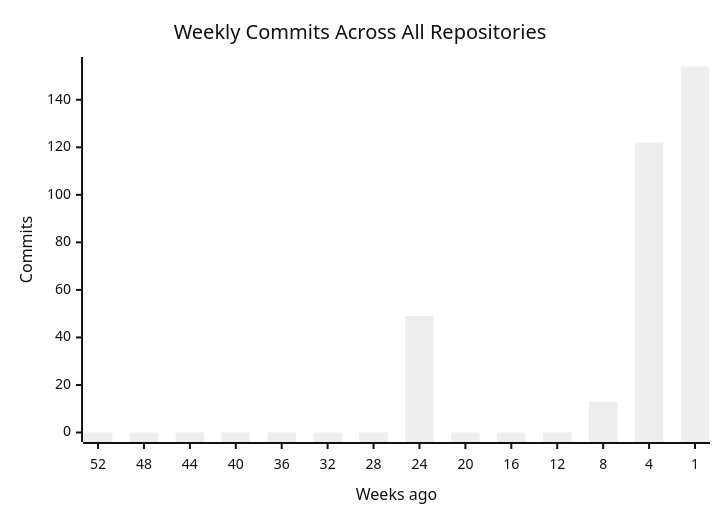
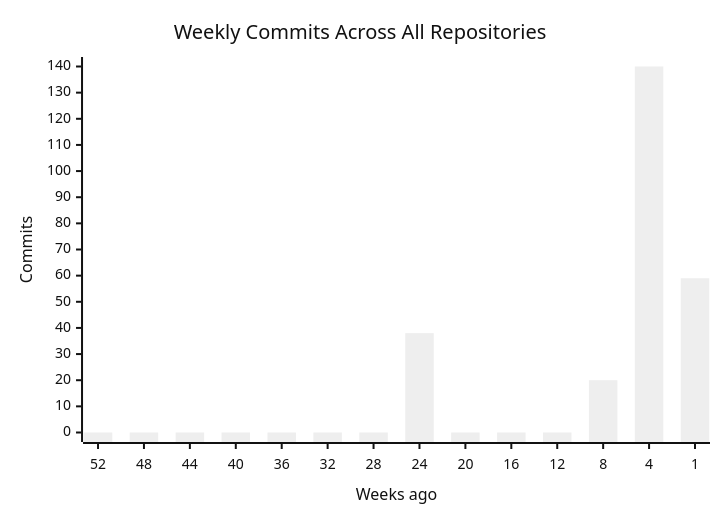
One commit to CSTH-Projects/.github changed the first of 4 diagrams in profile/README.md. Above: the diagram before and after it, drawn with Mermaid (neutral theme). The commit also changed other lines of this file, not shown here.

````diff
--- a/profile/README.md
+++ b/profile/README.md
@@ -16,7 +16,7 @@
 ```mermaid
 xychart-beta
     title "Weekly Commits Across All Repositories"
     x-axis "Weeks ago" [52, 48, 44, 40, 36, 32, 28, 24, 20, 16, 12, 8, 4, 1]
     y-axis "Commits"
-    bar [0, 0, 0, 0, 0, 0, 0, 49, 0, 0, 0, 13, 122, 154]
+    bar [0, 0, 0, 0, 0, 0, 0, 38, 0, 0, 0, 20, 140, 59]
 ```
````
